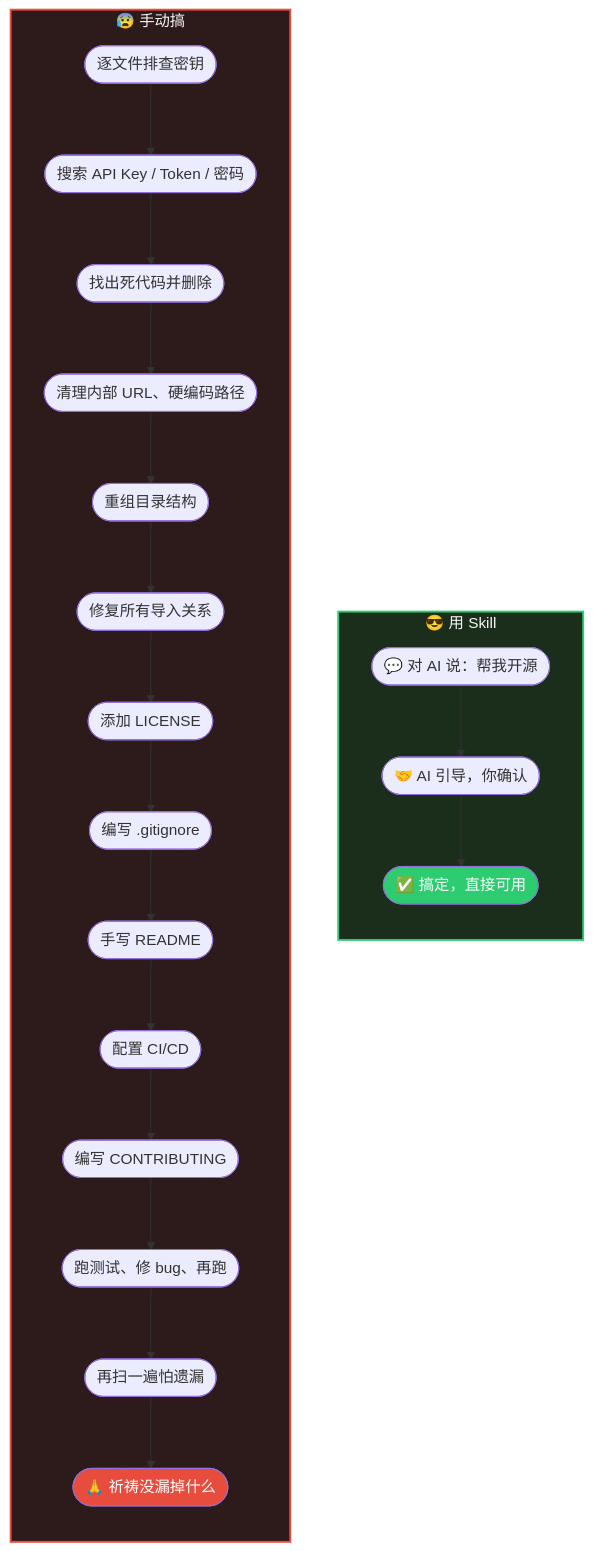
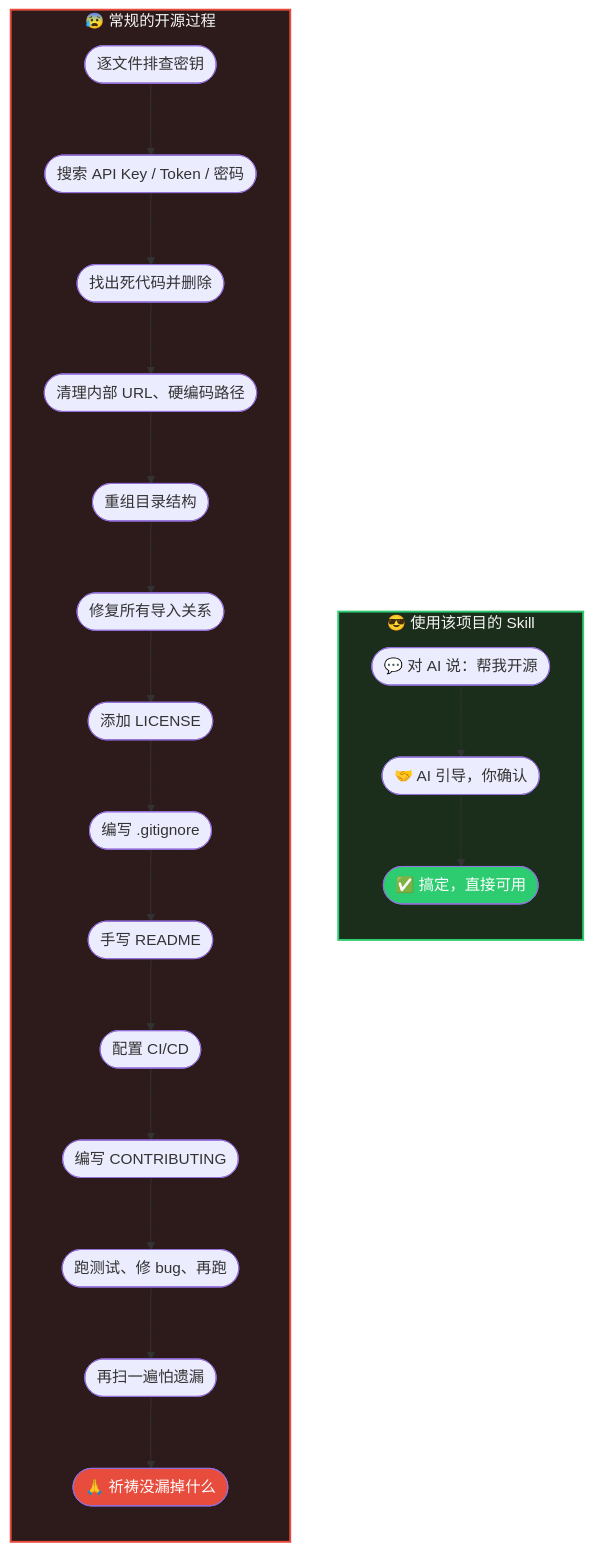
Before and after one commit to breath57/auto-convert-project-to-open-source: the diagram in README_CN.md, drawn with Mermaid. The commit also changed 1 other file, not shown here.

Commit message:
docs: rename comparison diagram subgraph labels
Made-with: Cursor

````diff
--- a/README_CN.md
+++ b/README_CN.md
@@ -25,33 +25,33 @@
 ```mermaid
 flowchart LR
-    subgraph manual["😰 手动搞"]
+    subgraph manual["😰 常规的开源过程"]
         direction TB
         m1(["逐文件排查密钥"]) --> m2(["搜索 API Key / Token / 密码"])
         m2 --> m3(["找出死代码并删除"])
         m3 --> m4(["清理内部 URL、硬编码路径"])
         m4 --> m5(["重组目录结构"])
         m5 --> m6(["修复所有导入关系"])
         m6 --> m7(["添加 LICENSE"])
         m7 --> m8(["编写 .gitignore"])
         m8 --> m9(["手写 README"])
         m9 --> m10(["配置 CI/CD"])
         m10 --> m11(["编写 CONTRIBUTING"])
         m11 --> m12(["跑测试、修 bug、再跑"])
         m12 --> m13(["再扫一遍怕遗漏"])
         m13 --> m14(["🙏 祈祷没漏掉什么"])
     end
 
-    subgraph skill["😎 用 Skill"]
+    subgraph skill["😎 使用该项目的 Skill"]
         direction TB
         s1(["💬 对 AI 说：帮我开源"])
         s1 --> s2(["🤝 AI 引导，你确认"])
         s2 --> s3(["✅ 搞定，直接可用"])
     end
 
     manual ~~~ skill
 
     style manual fill:#2d1b1b,stroke:#e74c3c,stroke-width:2px,color:#f5f5f5
     style skill fill:#1b2d1b,stroke:#2ecc71,stroke-width:2px,color:#f5f5f5
     style m14 fill:#e74c3c,color:#fff
     style s3 fill:#2ecc71,color:#fff
 ```
````
